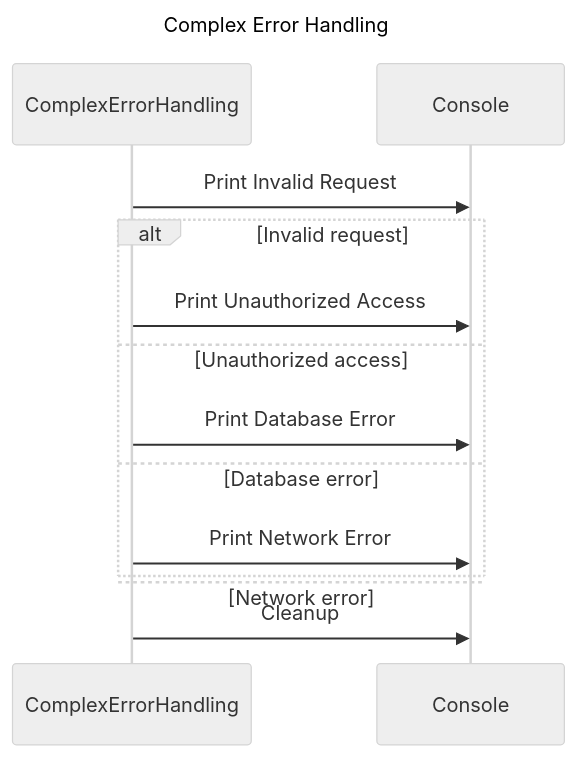
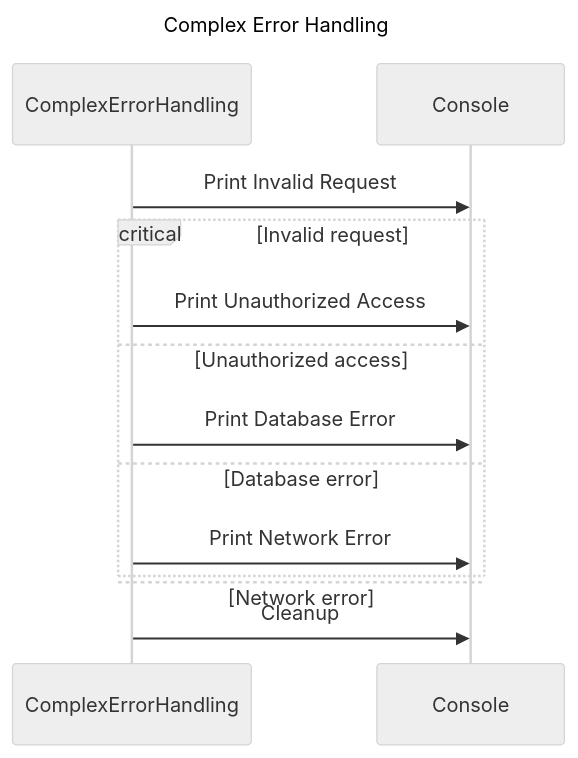
One commit to RichardHightower/docgen changed the ninth of 10 diagrams in src/main/templates/methods/example.md. Above: the diagram before and after it, drawn with Mermaid (neutral theme). The commit also changed other lines of this file and 369 other files, not shown here.

````diff
--- a/src/main/templates/methods/example.md
+++ b/src/main/templates/methods/example.md
@@ -629,21 +442,21 @@
 ```mermaid
 ---
 title: Complex Error Handling
 ---
 sequenceDiagram
 
 
     participant ComplexErrorHandling
     participant Console
 
     ComplexErrorHandling->>Console: Print Invalid Request
-    alt Invalid request
+    critical  Invalid request
         ComplexErrorHandling->>Console: Print Unauthorized Access
-    else Unauthorized access
+    option Unauthorized access
         ComplexErrorHandling->>Console: Print Database Error
-    else Database error
+    option Database error
         ComplexErrorHandling->>Console: Print Network Error
-    else Network error
+    option Network error
     end
     ComplexErrorHandling->>Console: Cleanup
 ```
````
